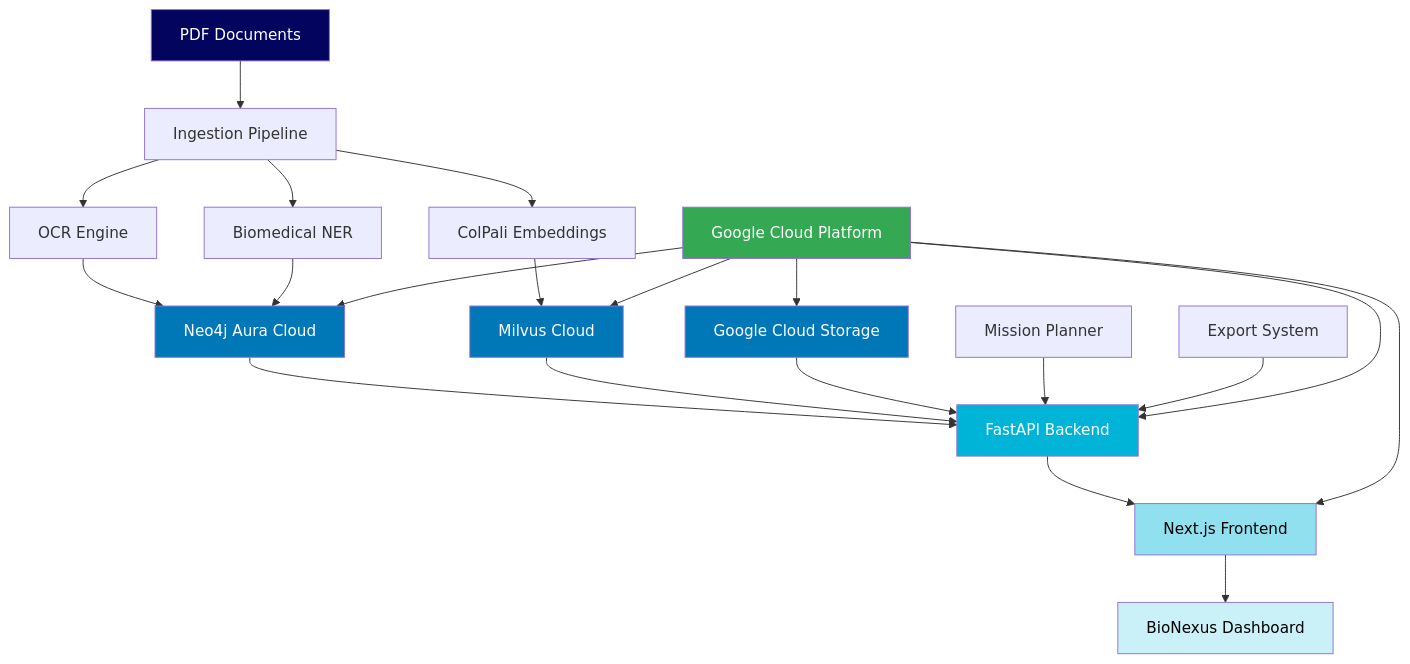
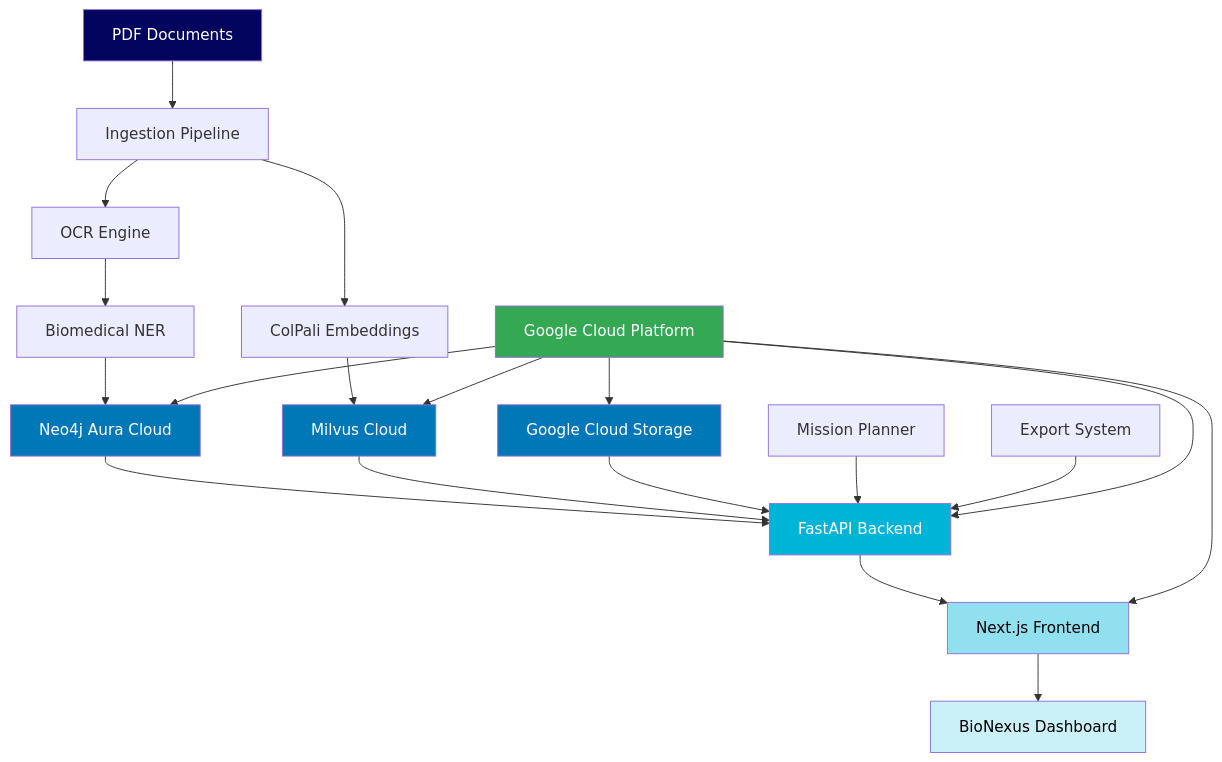
The diagram in README.md (CypherKingdom/BioNexus), drawn with Mermaid before and after one commit.

Commit message:
Fix flow in diagram for Biomedical NER and Neo4j

````diff
--- a/README.md
+++ b/README.md
@@ -44,36 +44,35 @@
 ```mermaid
 graph TB
     A[PDF Documents] --> B[Ingestion Pipeline]
     B --> C[OCR Engine]
     B --> D[ColPali Embeddings]
-    B --> E[Biomedical NER]
+    C --> E[Biomedical NER]
     
-    C --> F[Neo4j Aura Cloud]
+    E --> F[Neo4j Aura Cloud]
     D --> G[Milvus Cloud]
-    E --> F
     
     F --> H[FastAPI Backend]
     G --> H
     N[Google Cloud Storage] --> H
     
     H --> I[Next.js Frontend]
     I --> J[BioNexus Dashboard]
     
     K[Mission Planner] --> H
     L[Export System] --> H
     
     M[Google Cloud Platform] --> F
     M --> G  
     M --> N
     M --> H
     M --> I
     
     style A fill:#03045e,color:#fff
     style F fill:#0077b6,color:#fff  
     style G fill:#0077b6,color:#fff
     style N fill:#0077b6,color:#fff
     style H fill:#00b4d8,color:#fff
     style I fill:#90e0ef,color:#000
     style J fill:#caf0f8,color:#000
     style M fill:#34a853,color:#fff
 ```
````
